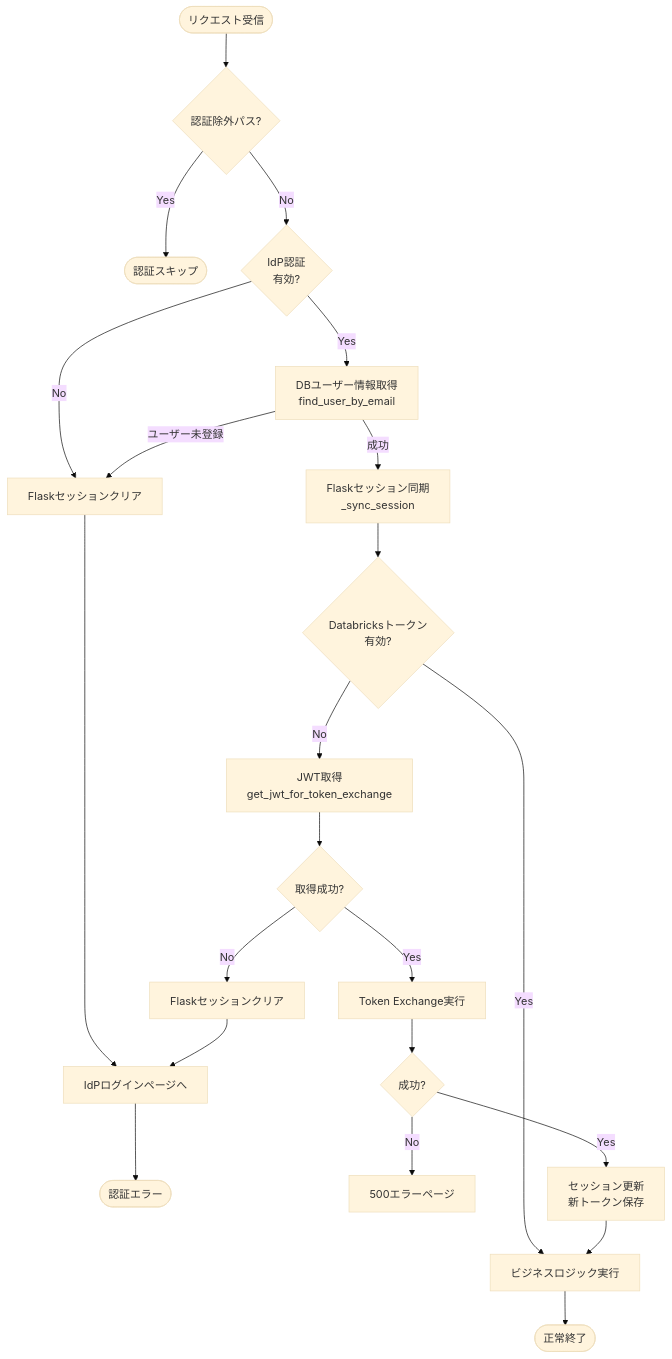
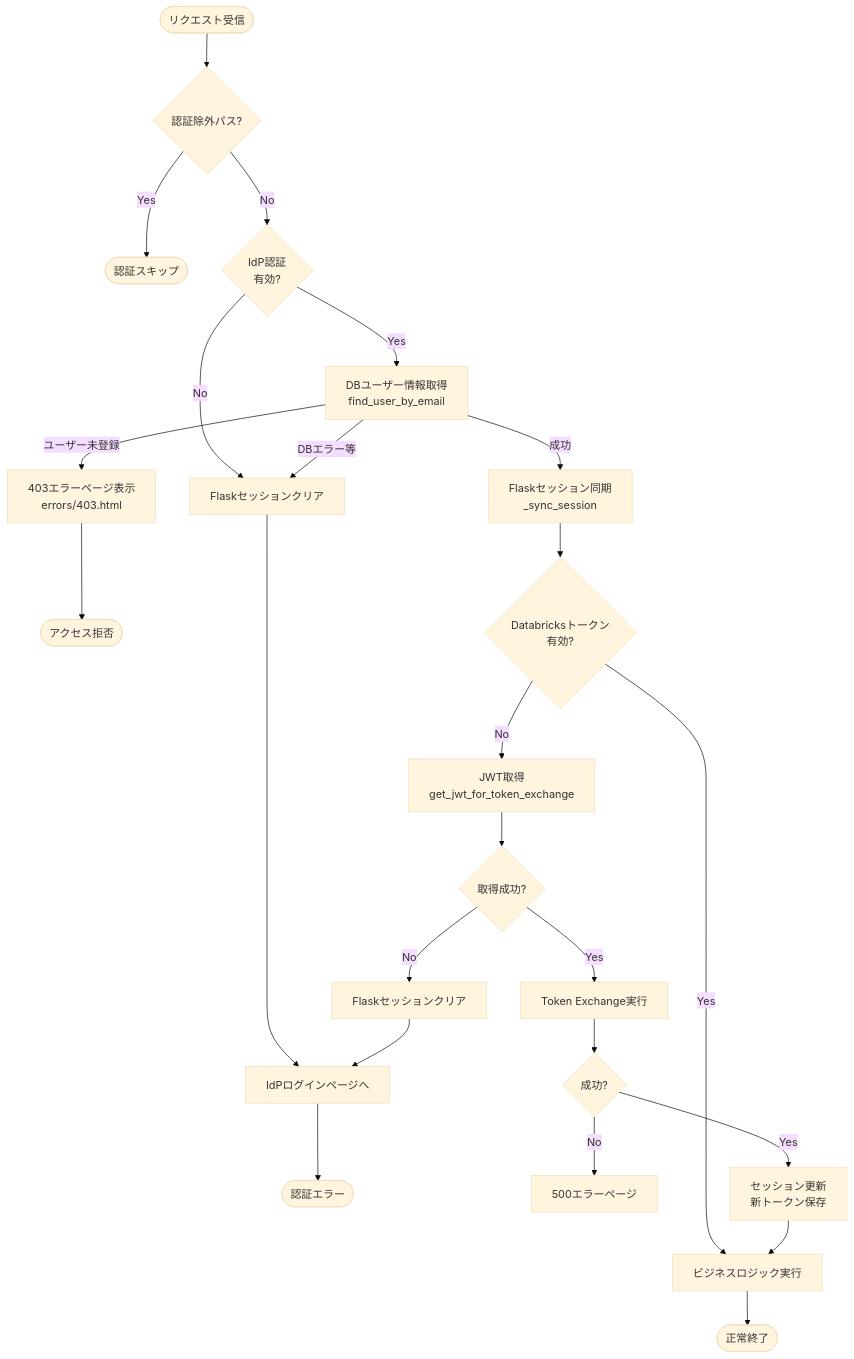
One commit to NSW-SVCP-AIWG002/Databricks-IoT changed the first of 4 diagrams in docs/03-features/common/authentication-specification.md. Above: the diagram before and after it, drawn with Mermaid (base theme). The commit also changed other lines of this file and 8 other files, not shown here.

````diff
--- a/docs/03-features/common/authentication-specification.md
+++ b/docs/03-features/common/authentication-specification.md
@@ -220,34 +220,36 @@
 ```mermaid
 flowchart TD
     Start([リクエスト受信]) --> CheckExcluded{認証除外パス?}
 
     CheckExcluded -->|Yes| End0([認証スキップ])
 
     CheckExcluded -->|No| CheckIdP{IdP認証<br>有効?}
 
     CheckIdP -->|No| ClearSession1[Flaskセッションクリア]
     ClearSession1 --> RedirectLogin[IdPログインページへ]
     RedirectLogin --> End1([認証エラー])
 
     CheckIdP -->|Yes| LookupUser[DBユーザー情報取得<br>find_user_by_email]
-    LookupUser -->|ユーザー未登録| ClearSession1
+    LookupUser -->|ユーザー未登録| Error403[403エラーページ表示<br>errors/403.html]
+    Error403 --> End403([アクセス拒否])
+    LookupUser -->|DBエラー等| ClearSession1
     LookupUser -->|成功| SyncSession[Flaskセッション同期<br>_sync_session]
     SyncSession --> CheckDBToken{Databricksトークン<br>有効?}
 
     CheckDBToken -->|Yes| Execute[ビジネスロジック実行]
     Execute --> End3([正常終了])
 
     CheckDBToken -->|No| GetJWT[JWT取得<br>get_jwt_for_token_exchange]
 
     GetJWT --> CheckJWT{取得成功?}
 
     CheckJWT -->|No| ClearSession2[Flaskセッションクリア]
     ClearSession2 --> RedirectLogin
 
     CheckJWT -->|Yes| TokenExchange[Token Exchange実行]
 
     TokenExchange --> CheckTE{成功?}
     CheckTE -->|No| Error500[500エラーページ]
     CheckTE -->|Yes| UpdateSession[セッション更新<br>新トークン保存]
     UpdateSession --> Execute
 ```
````
